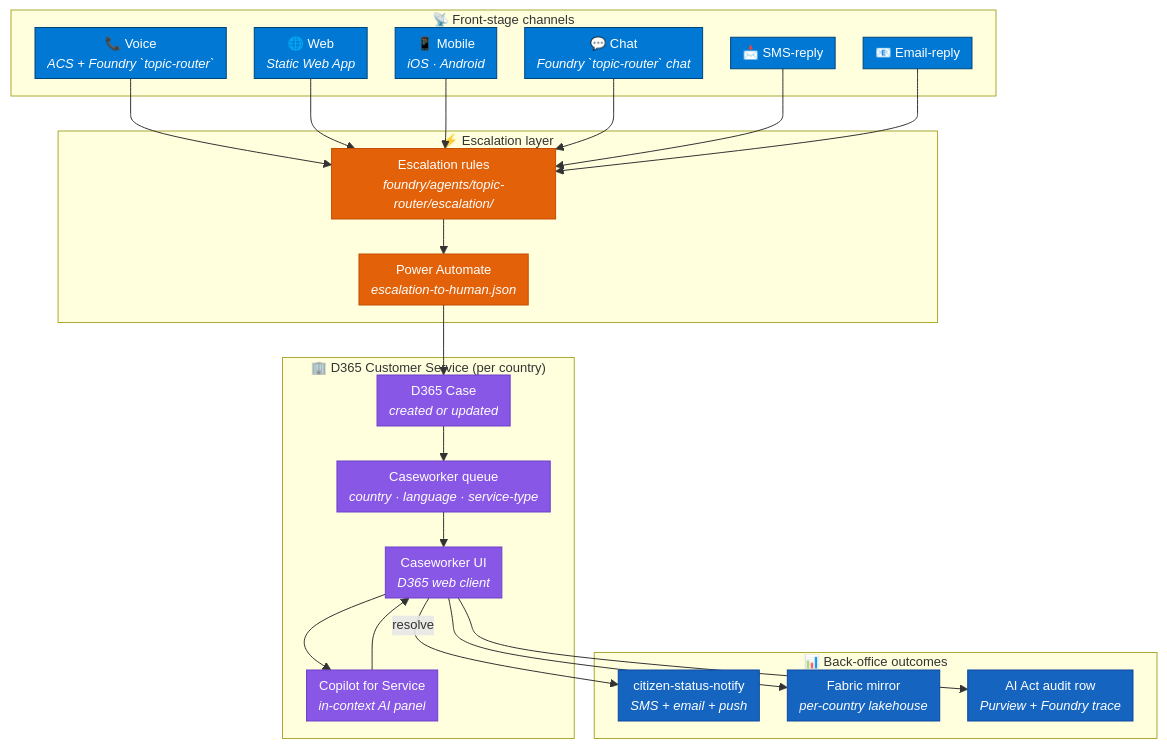
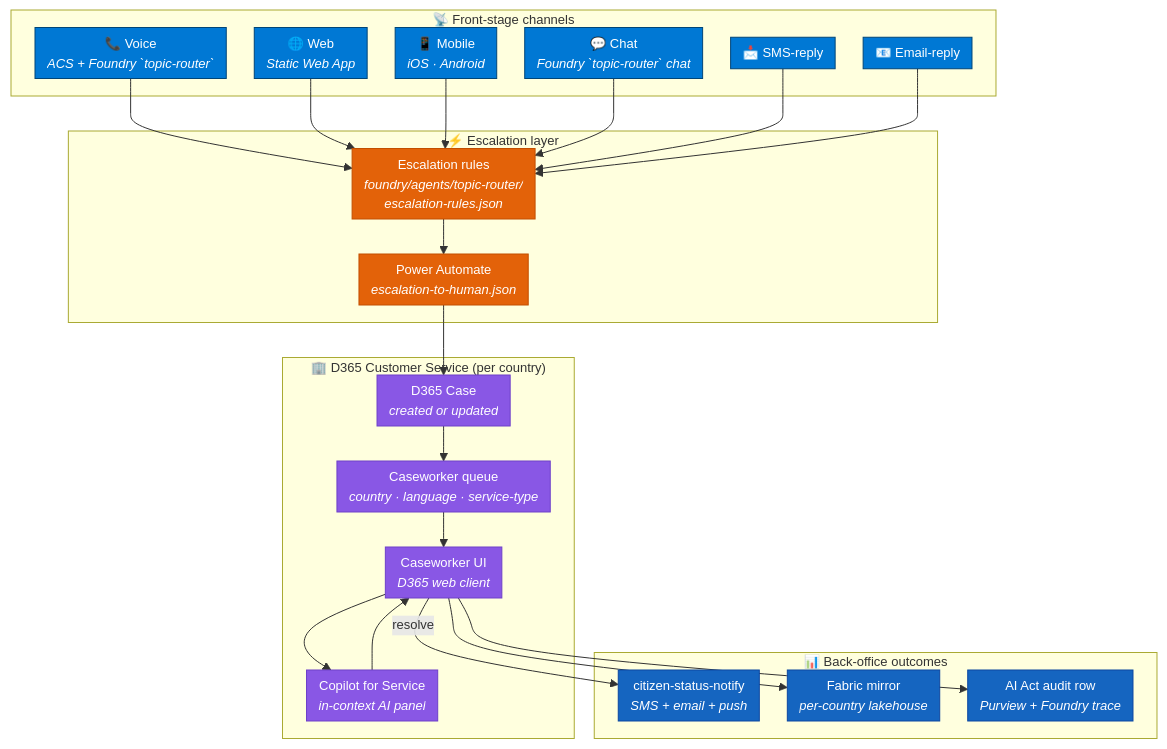
The first of 4 diagrams in docs/biz/caseworker.md (fredgis/UDCSP), drawn with Mermaid before and after one commit. The commit also changed other lines of this file and 12 other files, not shown here.

First line of the commit message:
fix(docs/biz): align with post-audit topic-router structure + add Test-TopicRouter

````diff
--- a/docs/biz/caseworker.md
+++ b/docs/biz/caseworker.md
@@ -86,47 +86,47 @@
 ```mermaid
 %%{ init: { 'flowchart': { 'nodeSpacing': 28, 'rankSpacing': 35, 'padding': 6 }, 'themeVariables': { 'fontSize': '13px' } } }%%
 flowchart TB
     subgraph FRONT["📡 Front-stage channels"]
         VOICE["📞 Voice<br/><i>ACS + Foundry `topic-router`</i>"]
         WEB["🌐 Web<br/><i>Static Web App</i>"]
         MOBILE["📱 Mobile<br/><i>iOS · Android</i>"]
         CHAT["💬 Chat<br/><i>Foundry `topic-router` chat</i>"]
         SMS["📩 SMS-reply"]
         EMAIL["📧 Email-reply"]
     end
 
     subgraph ESC["⚡ Escalation layer"]
-        RULES["Escalation rules<br/><i>foundry/agents/topic-router/escalation/</i>"]
+        RULES["Escalation rules<br/><i>foundry/agents/topic-router/<br/>escalation-rules.json</i>"]
         FLOW["Power Automate<br/><i>escalation-to-human.json</i>"]
     end
 
     subgraph D365["🏢 D365 Customer Service (per country)"]
         CASE["D365 Case<br/><i>created or updated</i>"]
         QUEUE["Caseworker queue<br/><i>country · language · service-type</i>"]
         UI["Caseworker UI<br/><i>D365 web client</i>"]
         CFS["Copilot for Service<br/><i>in-context AI panel</i>"]
     end
 
     subgraph BACK["📊 Back-office outcomes"]
         NOTIFY["citizen-status-notify<br/><i>SMS + email + push</i>"]
         FABRIC["Fabric mirror<br/><i>per-country lakehouse</i>"]
         AUDIT["AI Act audit row<br/><i>Purview + Foundry trace</i>"]
     end
 
     VOICE & WEB & MOBILE & CHAT & SMS & EMAIL --> RULES
     RULES --> FLOW --> CASE --> QUEUE --> UI --> CFS
     CFS --> UI
     UI -->|resolve| NOTIFY
     UI --> FABRIC
     UI --> AUDIT
 
     classDef front fill:#0078d4,stroke:#004578,color:#fff
     classDef esc fill:#e36209,stroke:#c24e00,color:#fff
     classDef d365 fill:#8957e5,stroke:#6e40c9,color:#fff
     classDef back fill:#1565c0,stroke:#0d47a1,color:#fff
 
     class VOICE,WEB,MOBILE,CHAT,SMS,EMAIL front
     class RULES,FLOW esc
     class CASE,QUEUE,UI,CFS d365
     class NOTIFY,FABRIC,AUDIT back
 ```
````
